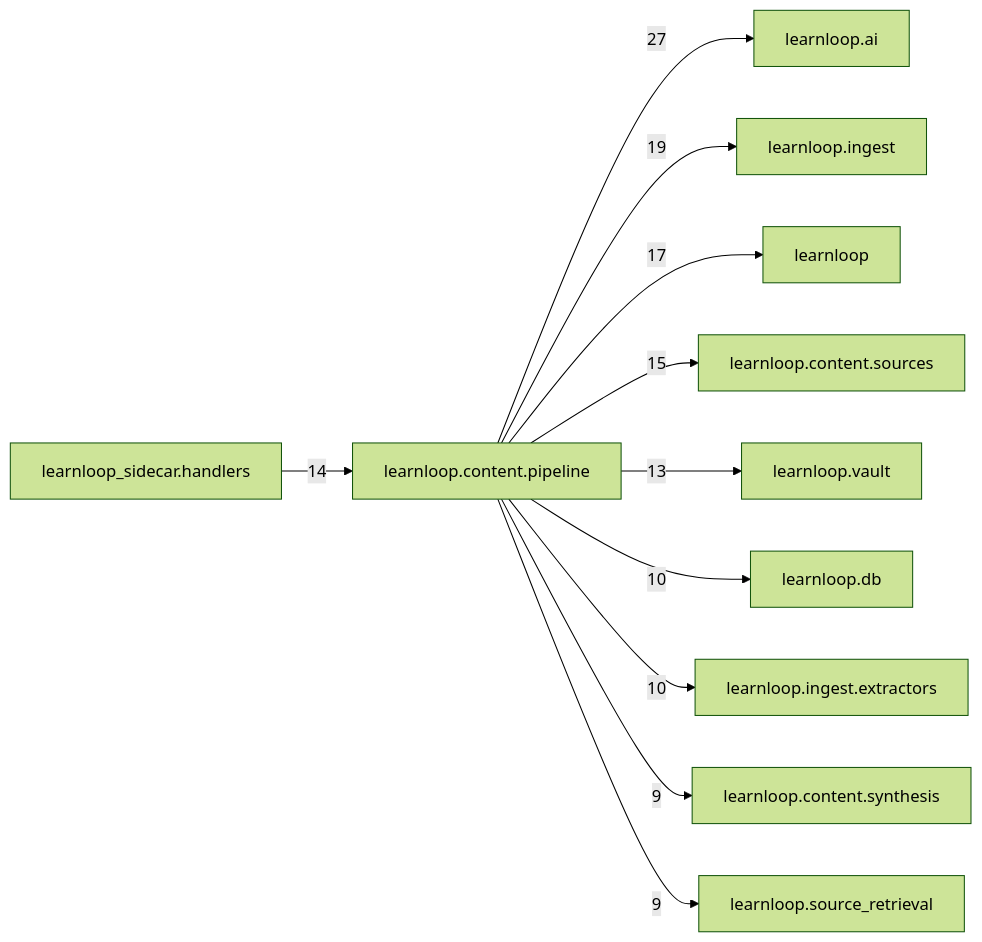
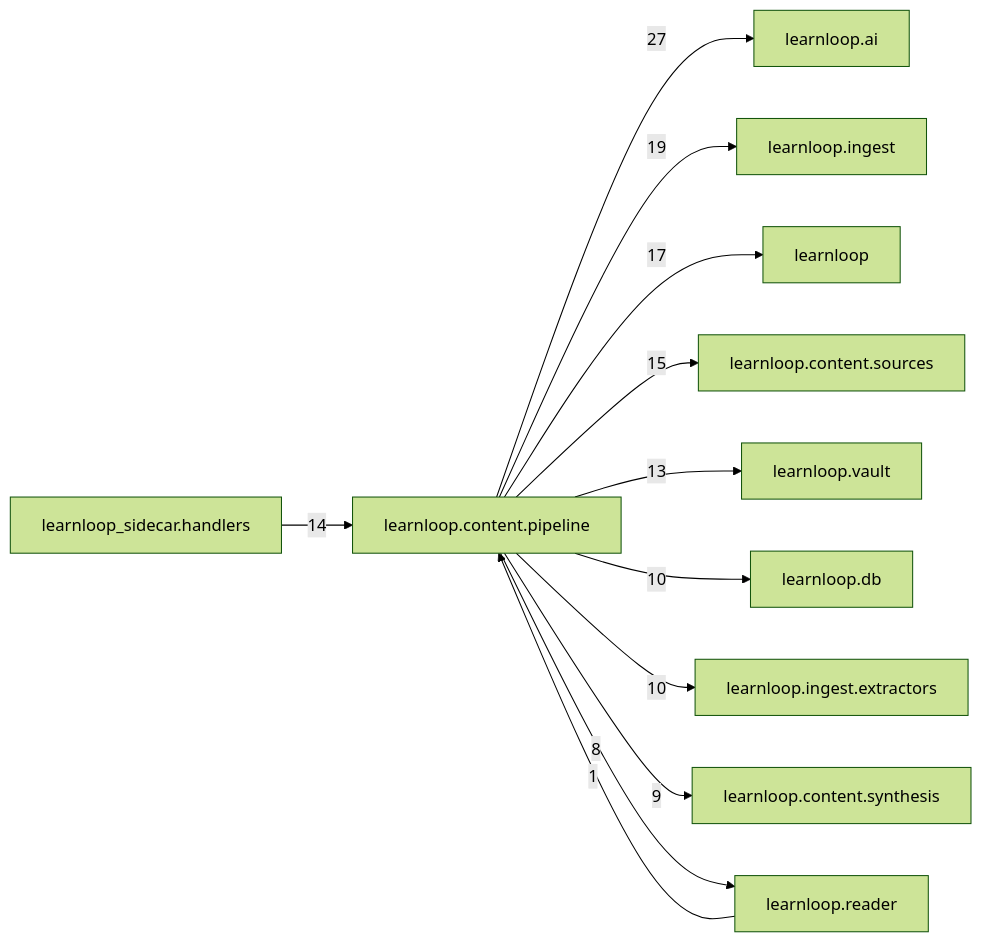
The diagram in docs/learnloop-architecture-vault/Reference/Modules/learnloop/content/pipeline/_package.md (6up-b/learnanything), drawn with Mermaid (forest theme) before and after one commit. The commit also changed other lines of this file and 122 other files, not shown here.

````diff
--- a/docs/learnloop-architecture-vault/Reference/Modules/learnloop/content/pipeline/_package.md
+++ b/docs/learnloop-architecture-vault/Reference/Modules/learnloop/content/pipeline/_package.md
@@ -110,24 +110,25 @@
 ```mermaid
 flowchart LR
     center["learnloop.content.pipeline"]
     n_learnloop_ai["learnloop.ai"]
     n_learnloop_ingest["learnloop.ingest"]
     n_learnloop["learnloop"]
     n_learnloop_content_sources["learnloop.content.sources"]
     n_learnloop_sidecar_handlers["learnloop_sidecar.handlers"]
     n_learnloop_vault["learnloop.vault"]
     n_learnloop_db["learnloop.db"]
     n_learnloop_ingest_extractors["learnloop.ingest.extractors"]
     n_learnloop_content_synthesis["learnloop.content.synthesis"]
-    n_learnloop_source_retrieval["learnloop.source_retrieval"]
+    n_learnloop_reader["learnloop.reader"]
     center -->|27| n_learnloop_ai
     center -->|19| n_learnloop_ingest
     center -->|17| n_learnloop
     center -->|15| n_learnloop_content_sources
     n_learnloop_sidecar_handlers -->|14| center
     center -->|13| n_learnloop_vault
     center -->|10| n_learnloop_db
     center -->|10| n_learnloop_ingest_extractors
     center -->|9| n_learnloop_content_synthesis
-    center -->|9| n_learnloop_source_retrieval
+    n_learnloop_reader -->|1| center
+    center -->|8| n_learnloop_reader
 ```
````
